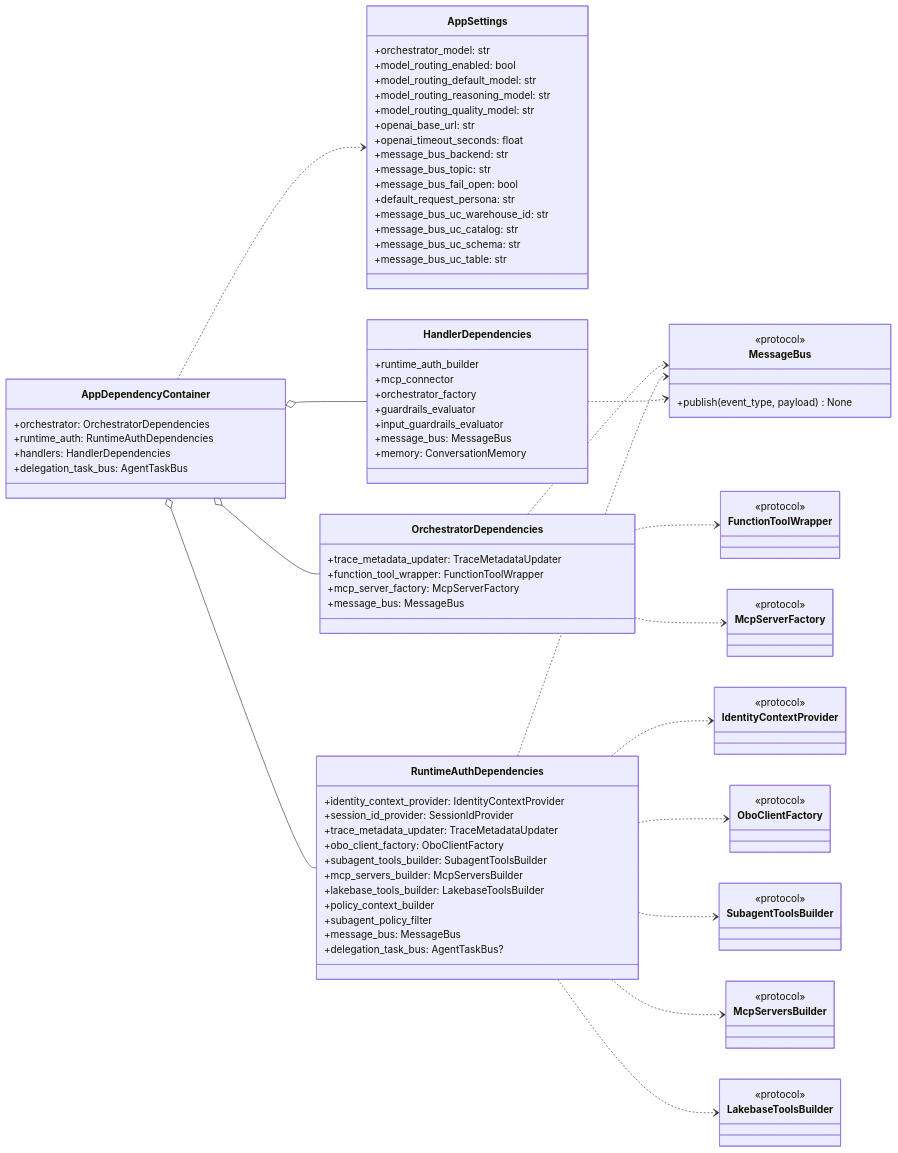
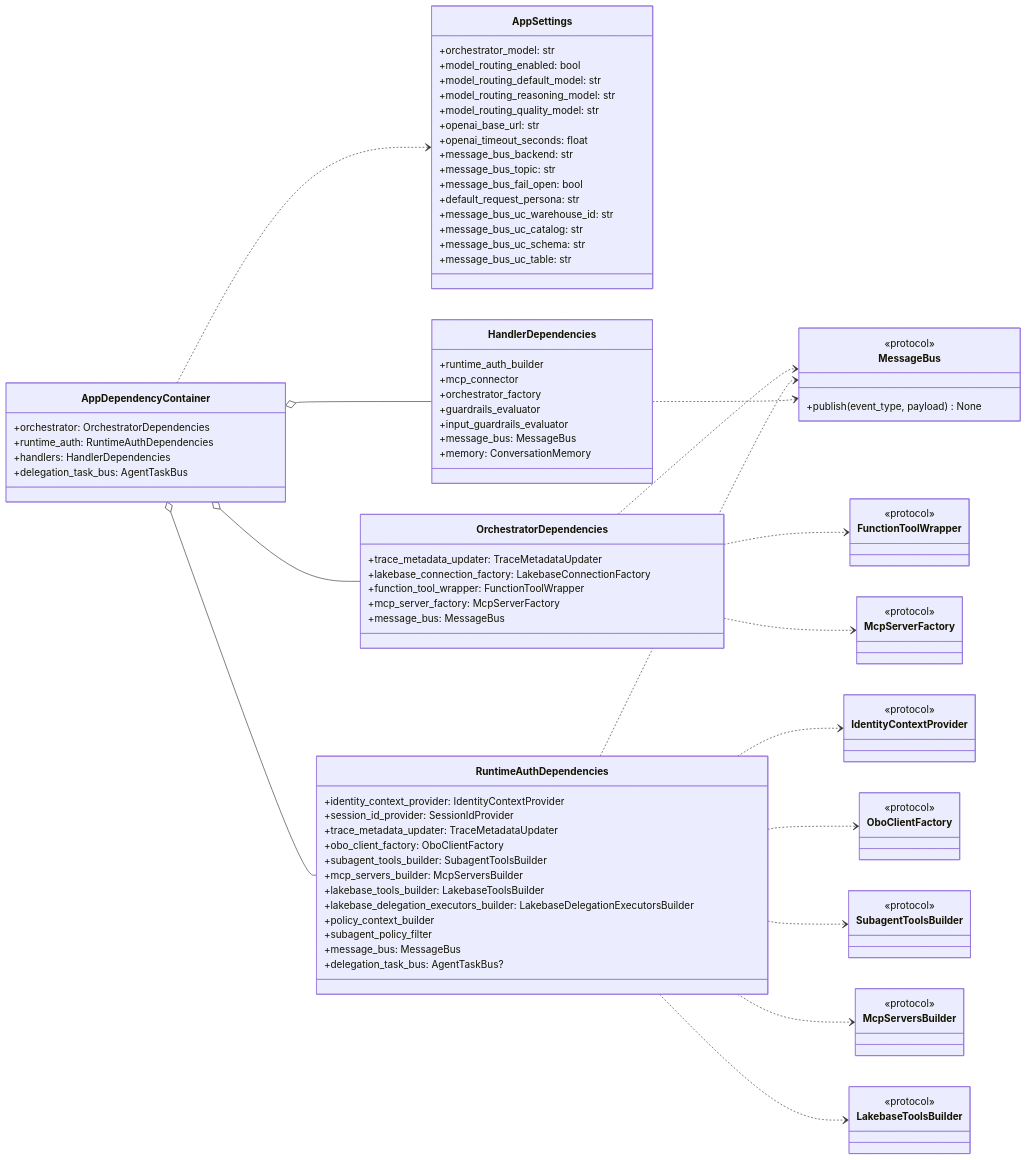
One commit to wchen-dea/Governed-Multi-Agent-Intelligence-on-Databricks changed the second of 6 diagrams in docs/architecture/design-artifacts/08-backend-class-diagram-as-is.md. Above: the diagram before and after it, drawn with Mermaid. The commit also changed other lines of this file and 114 other files, not shown here.

```diff
--- a/docs/architecture/design-artifacts/08-backend-class-diagram-as-is.md
+++ b/docs/architecture/design-artifacts/08-backend-class-diagram-as-is.md
@@ -136,6 +136,7 @@
 
 class OrchestratorDependencies {
     +trace_metadata_updater: TraceMetadataUpdater
+    +lakebase_connection_factory: LakebaseConnectionFactory
     +function_tool_wrapper: FunctionToolWrapper
     +mcp_server_factory: McpServerFactory
     +message_bus: MessageBus
@@ -149,6 +150,7 @@
     +subagent_tools_builder: SubagentToolsBuilder
     +mcp_servers_builder: McpServersBuilder
     +lakebase_tools_builder: LakebaseToolsBuilder
+    +lakebase_delegation_executors_builder: LakebaseDelegationExecutorsBuilder
     +policy_context_builder
     +subagent_policy_filter
     +message_bus: MessageBus
```
